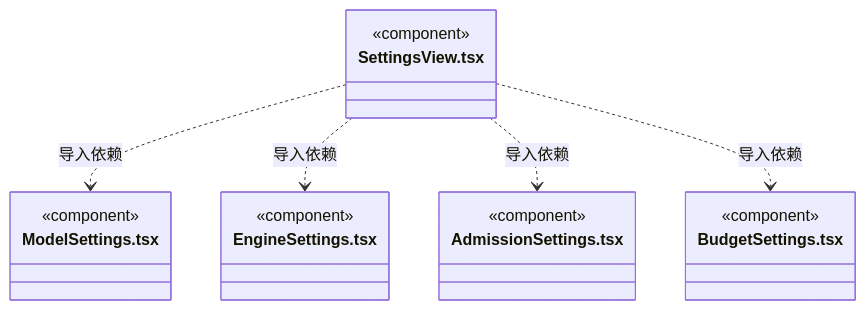
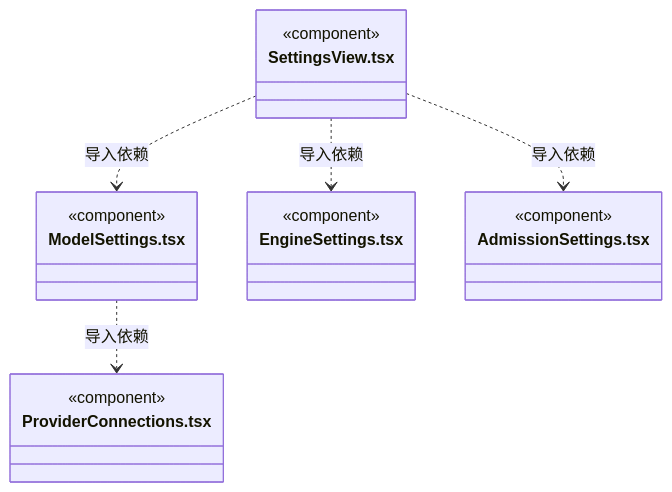
Diagram 30 of 34 in src/view/settings/ARCHITECTURE.md (nan023062/cbim), drawn with Mermaid before and after one commit. The commit also changed other lines of this file and 8 other files, not shown here.

````diff
--- a/src/view/settings/ARCHITECTURE.md
+++ b/src/view/settings/ARCHITECTURE.md
@@ -452,22 +468,22 @@
 ```mermaid
 classDiagram
-class N_src_view_settings_SettingsView_tsx["SettingsView.tsx"] {
+class N_src_view_settings_ModelSettings_tsx["ModelSettings.tsx"] {
   <<component>>
 }
-class N_src_view_settings_ModelSettings_tsx["ModelSettings.tsx"] {
+class N_src_view_settings_ProviderConnections_tsx["ProviderConnections.tsx"] {
+  <<component>>
+}
+class N_src_view_settings_SettingsView_tsx["SettingsView.tsx"] {
   <<component>>
 }
 class N_src_view_settings_EngineSettings_tsx["EngineSettings.tsx"] {
   <<component>>
 }
 class N_src_view_settings_AdmissionSettings_tsx["AdmissionSettings.tsx"] {
   <<component>>
 }
-class N_src_view_settings_BudgetSettings_tsx["BudgetSettings.tsx"] {
-  <<component>>
-}
+N_src_view_settings_ModelSettings_tsx ..> N_src_view_settings_ProviderConnections_tsx : 导入依赖
 N_src_view_settings_SettingsView_tsx ..> N_src_view_settings_ModelSettings_tsx : 导入依赖
 N_src_view_settings_SettingsView_tsx ..> N_src_view_settings_EngineSettings_tsx : 导入依赖
 N_src_view_settings_SettingsView_tsx ..> N_src_view_settings_AdmissionSettings_tsx : 导入依赖
-N_src_view_settings_SettingsView_tsx ..> N_src_view_settings_BudgetSettings_tsx : 导入依赖
 ```
````
